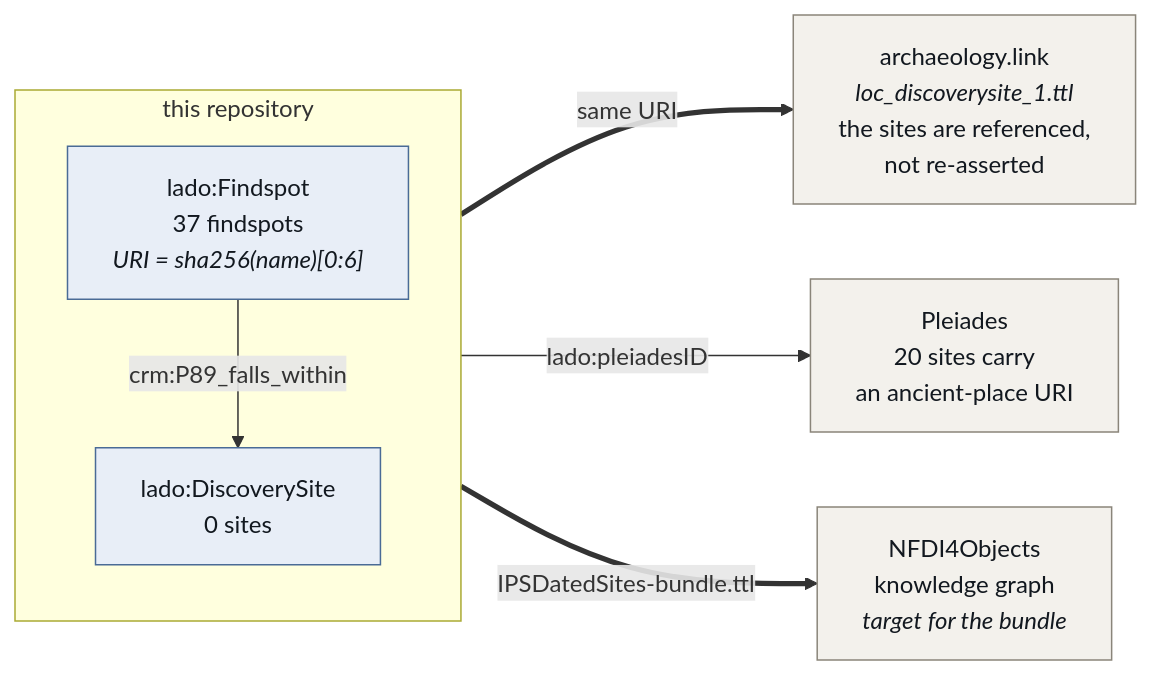
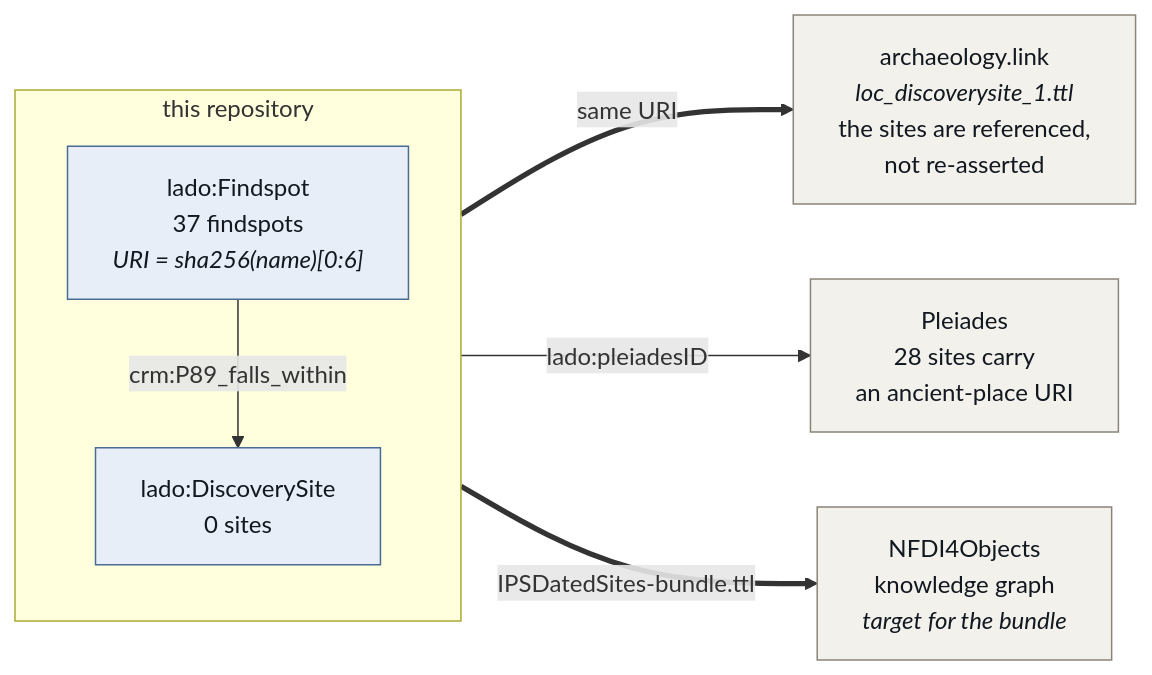
One commit to leiza-rse/IPSDatedSites changed the second of 3 diagrams in docs/crosswalk.md. Above: the diagram before and after it, drawn with Mermaid. The commit also changed 34 other files, not shown here.

````diff
--- a/docs/crosswalk.md
+++ b/docs/crosswalk.md
@@ -130,26 +130,26 @@
 ```mermaid
 flowchart LR
     subgraph ours["this repository"]
         direction TB
         FS["lado:Findspot<br/>37 findspots<br/><i>URI = sha256(name)[0:6]</i>"]
         DSITE["lado:DiscoverySite<br/>0 sites"]
         FS -->|crm:P89_falls_within| DSITE
     end
 
     AL["archaeology.link<br/><i>loc_discoverysite_1.ttl</i><br/>the sites are referenced,<br/>not re-asserted"]
-    PL["Pleiades<br/>20 sites carry<br/>an ancient-place URI"]
+    PL["Pleiades<br/>28 sites carry<br/>an ancient-place URI"]
     N4O["NFDI4Objects<br/>knowledge graph<br/><i>target for the bundle</i>"]
 
     DSITE ==>|same URI| AL
     DSITE -->|lado:pleiadesID| PL
     ours ==>|IPSDatedSites-bundle.ttl| N4O
 
     class FS,DSITE local
     class AL,PL,N4O ext
 
     classDef local fill:#e8eef7,stroke:#4a6b96,stroke-width:1px,color:#12181f
     classDef crm fill:#efe7f5,stroke:#7a5a96,stroke-width:1px,color:#12181f
     classDef time fill:#e3f2ec,stroke:#3f8a70,stroke-width:1px,color:#12181f
     classDef ext fill:#f3f1ec,stroke:#8a857a,stroke-width:1px,color:#12181f
     classDef io fill:#faf3e3,stroke:#a8872e,stroke-width:1px,color:#12181f
 ```
````
